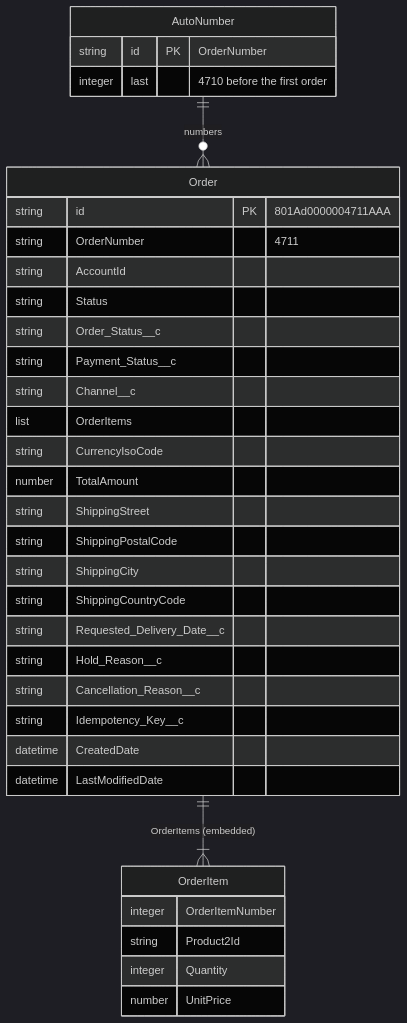
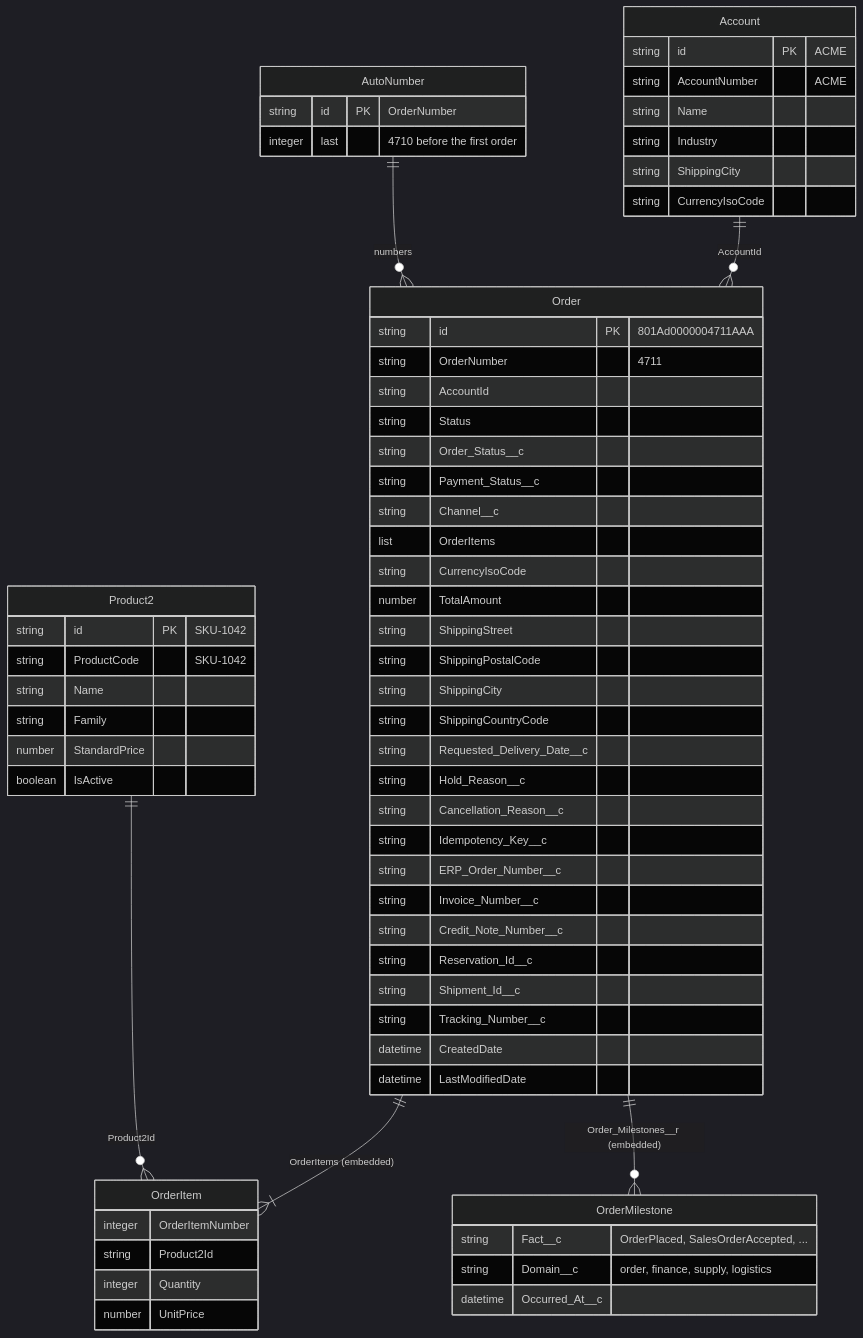
One commit to azure-intelligence-domain/backend-systems changed the diagram in salesforce/README.md. Above: the diagram before and after it, drawn with Mermaid (dark theme). The commit also changed other lines of this file and 1 other file, not shown here.

Commit message:
Salesforce: Account and Product2 containers, and the order's new fields
Reference data for the webshop and customer service (step 7); the System API writes its sample
data on first read. The Order record documents its references and milestones.

````diff
--- a/salesforce/README.md
+++ b/salesforce/README.md
@@ -34,37 +45,67 @@
 ```mermaid
 erDiagram
     Order {
         string id PK "801Ad0000004711AAA"
         string OrderNumber "4711"
         string AccountId
         string Status
         string Order_Status__c
         string Payment_Status__c
         string Channel__c
         list OrderItems
         string CurrencyIsoCode
         number TotalAmount
         string ShippingStreet
         string ShippingPostalCode
         string ShippingCity
         string ShippingCountryCode
         string Requested_Delivery_Date__c
         string Hold_Reason__c
         string Cancellation_Reason__c
         string Idempotency_Key__c
+        string ERP_Order_Number__c
+        string Invoice_Number__c
+        string Credit_Note_Number__c
+        string Reservation_Id__c
+        string Shipment_Id__c
+        string Tracking_Number__c
         datetime CreatedDate
         datetime LastModifiedDate
     }
     OrderItem {
         integer OrderItemNumber
         string Product2Id
         integer Quantity
         number UnitPrice
     }
+    OrderMilestone {
+        string Fact__c "OrderPlaced, SalesOrderAccepted, ..."
+        string Domain__c "order, finance, supply, logistics"
+        datetime Occurred_At__c
+    }
+    Account {
+        string id PK "ACME"
+        string AccountNumber "ACME"
+        string Name
+        string Industry
+        string ShippingCity
+        string CurrencyIsoCode
+    }
+    Product2 {
+        string id PK "SKU-1042"
+        string ProductCode "SKU-1042"
+        string Name
+        string Family
+        number StandardPrice
+        boolean IsActive
+    }
     AutoNumber {
         string id PK "OrderNumber"
         integer last "4710 before the first order"
     }
     Order ||--|{ OrderItem : "OrderItems (embedded)"
+    Order ||--o{ OrderMilestone : "Order_Milestones__r (embedded)"
+    Account ||--o{ Order : "AccountId"
+    Product2 ||--o{ OrderItem : "Product2Id"
     AutoNumber ||--o{ Order : "numbers"
 ```
````
